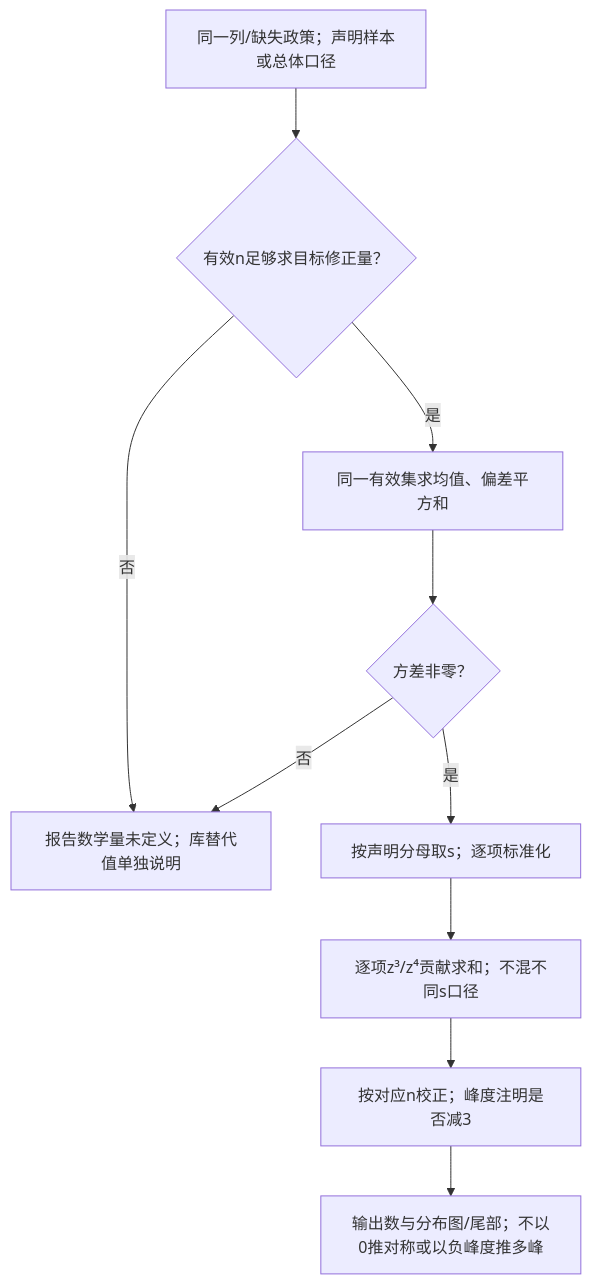
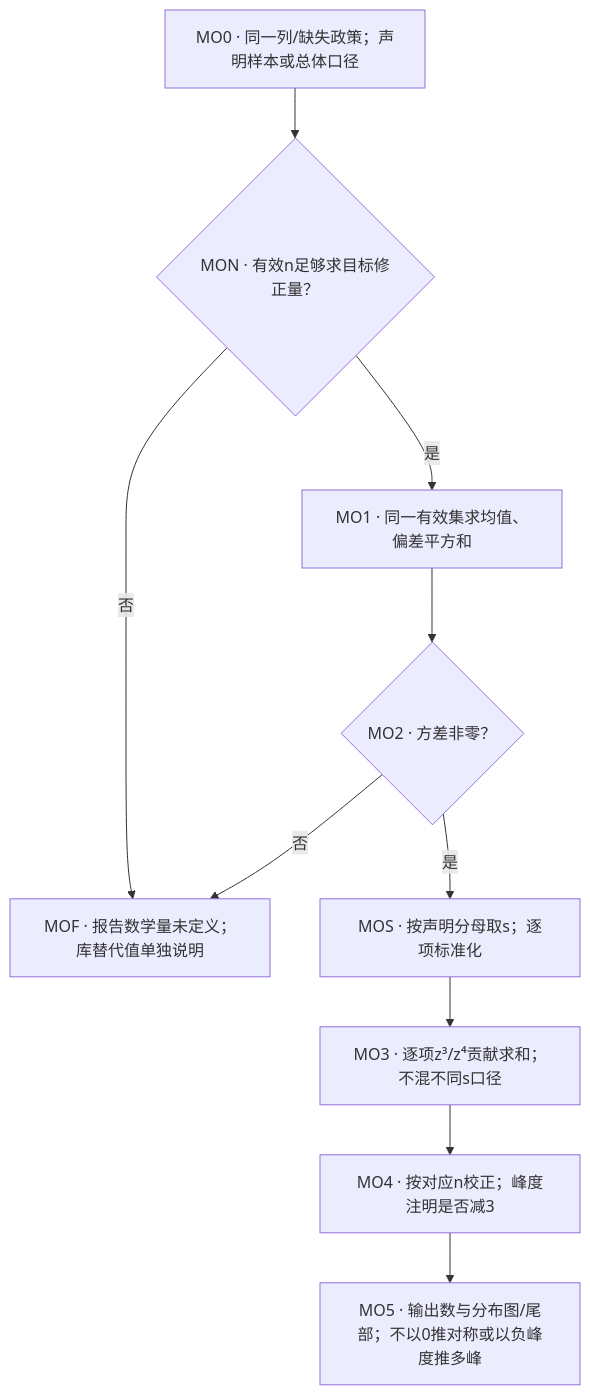
The fifth of 20 diagrams in IS6400_Business_Data_Analytics/notes/M03-数据类型与描述性分析.md (CercaTrovato/cityu-ai-course-notes), drawn with Mermaid before and after one commit. The commit also changed other lines of this file and 40 other files, not shown here.

First line of the commit message:
完成 IS6400 M03 全篇审修、原题图保真与适用同步

````diff
--- a/IS6400_Business_Data_Analytics/notes/M03-数据类型与描述性分析.md
+++ b/IS6400_Business_Data_Analytics/notes/M03-数据类型与描述性分析.md
@@ -1930,12 +2076,12 @@
 ```mermaid
 flowchart TD
-    MO0["同一列/缺失政策；声明样本或总体口径"] --> MON{"有效n足够求目标修正量？"}
-    MON -->|否| MOF["报告数学量未定义；库替代值单独说明"]
-    MON -->|是| MO1["同一有效集求均值、偏差平方和"]
-    MO1 --> MO2{"方差非零？"}
+    MO0["MO0 · 同一列/缺失政策；声明样本或总体口径"] --> MON{"MON · 有效n足够求目标修正量？"}
+    MON -->|否| MOF["MOF · 报告数学量未定义；库替代值单独说明"]
+    MON -->|是| MO1["MO1 · 同一有效集求均值、偏差平方和"]
+    MO1 --> MO2{"MO2 · 方差非零？"}
     MO2 -->|否| MOF
-    MO2 -->|是| MOS["按声明分母取s；逐项标准化"]
-    MOS --> MO3["逐项z³/z⁴贡献求和；不混不同s口径"]
-    MO3 --> MO4["按对应n校正；峰度注明是否减3"]
-    MO4 --> MO5["输出数与分布图/尾部；不以0推对称或以负峰度推多峰"]
+    MO2 -->|是| MOS["MOS · 按声明分母取s；逐项标准化"]
+    MOS --> MO3["MO3 · 逐项z³/z⁴贡献求和；不混不同s口径"]
+    MO3 --> MO4["MO4 · 按对应n校正；峰度注明是否减3"]
+    MO4 --> MO5["MO5 · 输出数与分布图/尾部；不以0推对称或以负峰度推多峰"]
 ```
````
